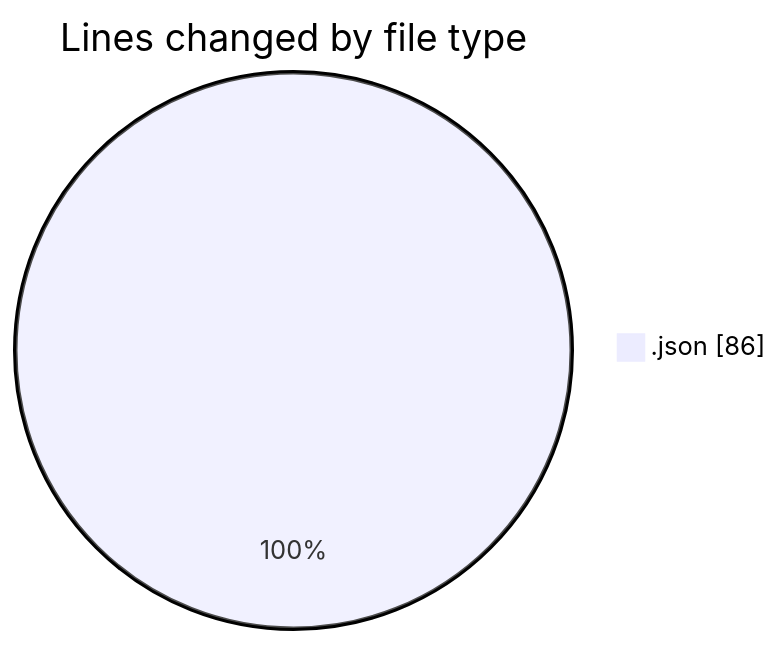
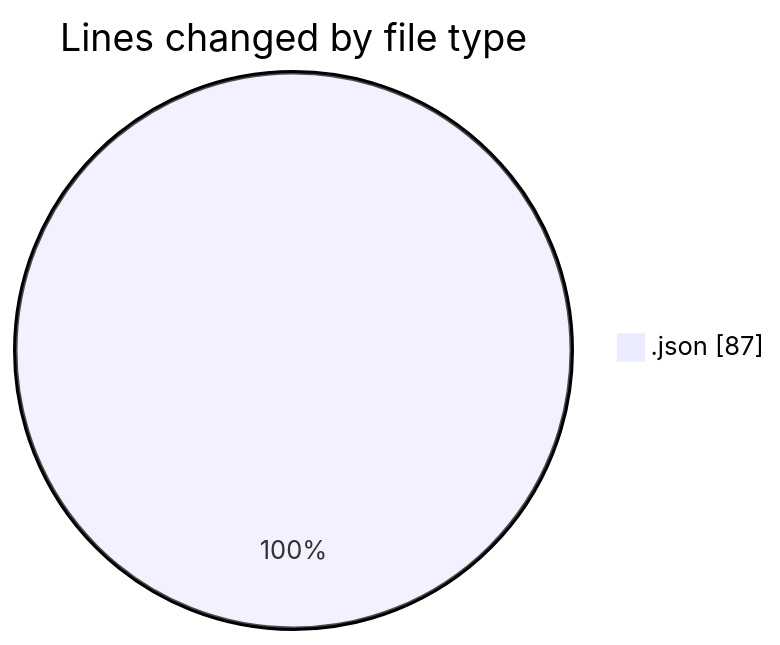
One commit to tmsrecording-cyber/code-tracking changed the first of 2 diagrams in 2026-02-02/singularitybrainai/README.md. Above: the diagram before and after it, drawn with Mermaid. The commit also changed other lines of this file and 1 other file, not shown here.

````diff
--- a/2026-02-02/singularitybrainai/README.md
+++ b/2026-02-02/singularitybrainai/README.md
@@ -20,5 +20,5 @@
 ```mermaid
 pie showData
 title Lines changed by file type
-".json" : 86
+".json" : 87
 ```
````
